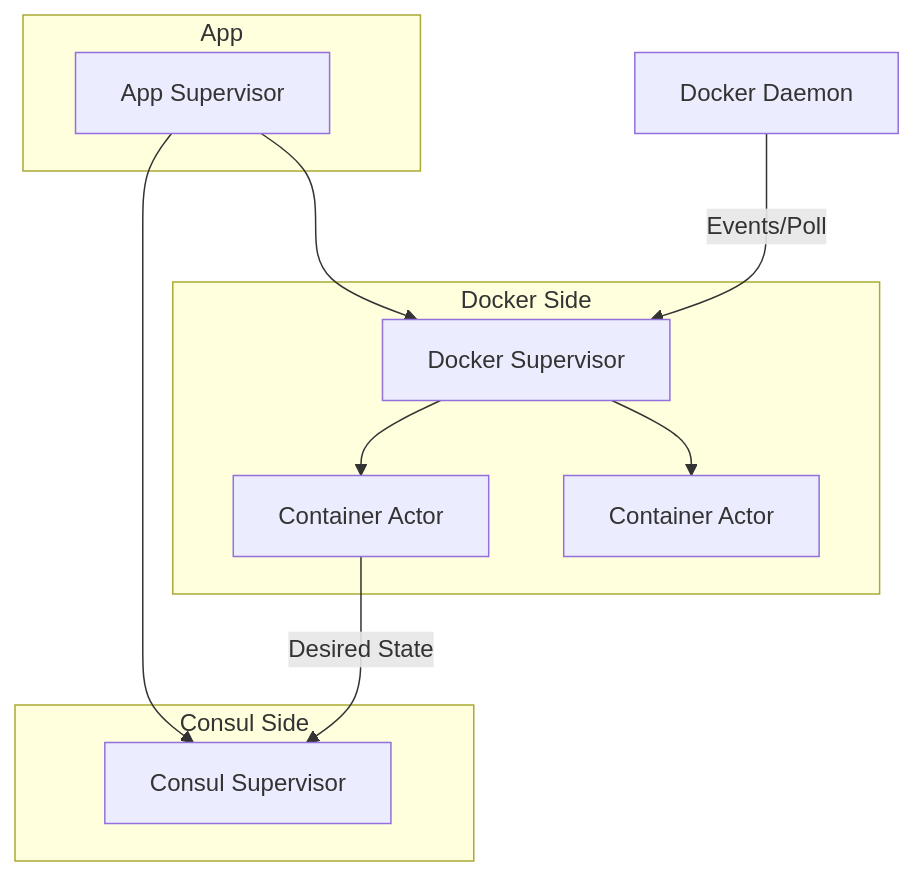
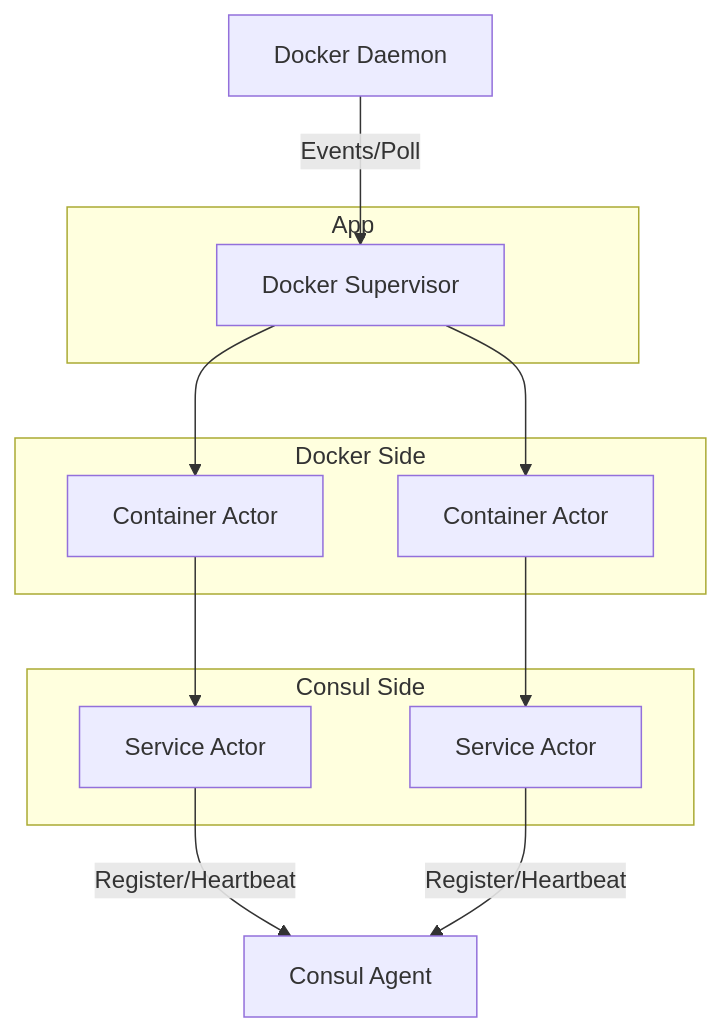
Before and after one commit to Silvenga/emissary-rs: the diagram in README.md, drawn with Mermaid. The commit also changed other lines of this file and 7 other files, not shown here.

````diff
--- a/README.md
+++ b/README.md
@@ -9,19 +19,20 @@
 ```mermaid
 graph TD
     subgraph App
-        AppSupervisor[App Supervisor]
+        DockerSupervisor[Docker Supervisor]
     end
 
     subgraph Docker Side
-        AppSupervisor --> DockerSupervisor[Docker Supervisor]
         DockerSupervisor --> ContainerActor1[Container Actor]
         DockerSupervisor --> ContainerActorN[Container Actor]
     end
 
     subgraph Consul Side
-        AppSupervisor --> ConsulSupervisor[Consul Supervisor]
+        ContainerActor1 --> ServiceActor1[Service Actor]
+        ContainerActorN --> ServiceActorN[Service Actor]
     end
 
     DockerDaemon[Docker Daemon] -- Events/Poll --> DockerSupervisor
-    ContainerActor1 -- Desired State --> ConsulSupervisor
+    ServiceActor1 -- Register/Heartbeat --> ConsulAgent[Consul Agent]
+    ServiceActorN -- Register/Heartbeat --> ConsulAgent[Consul Agent]
 ```
````
